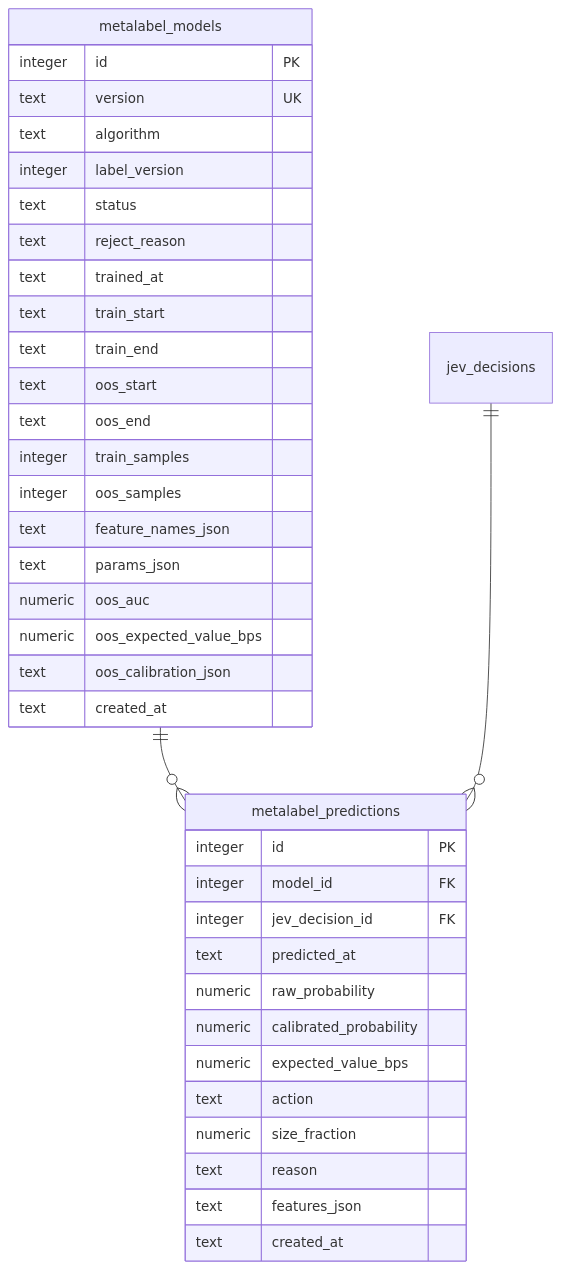
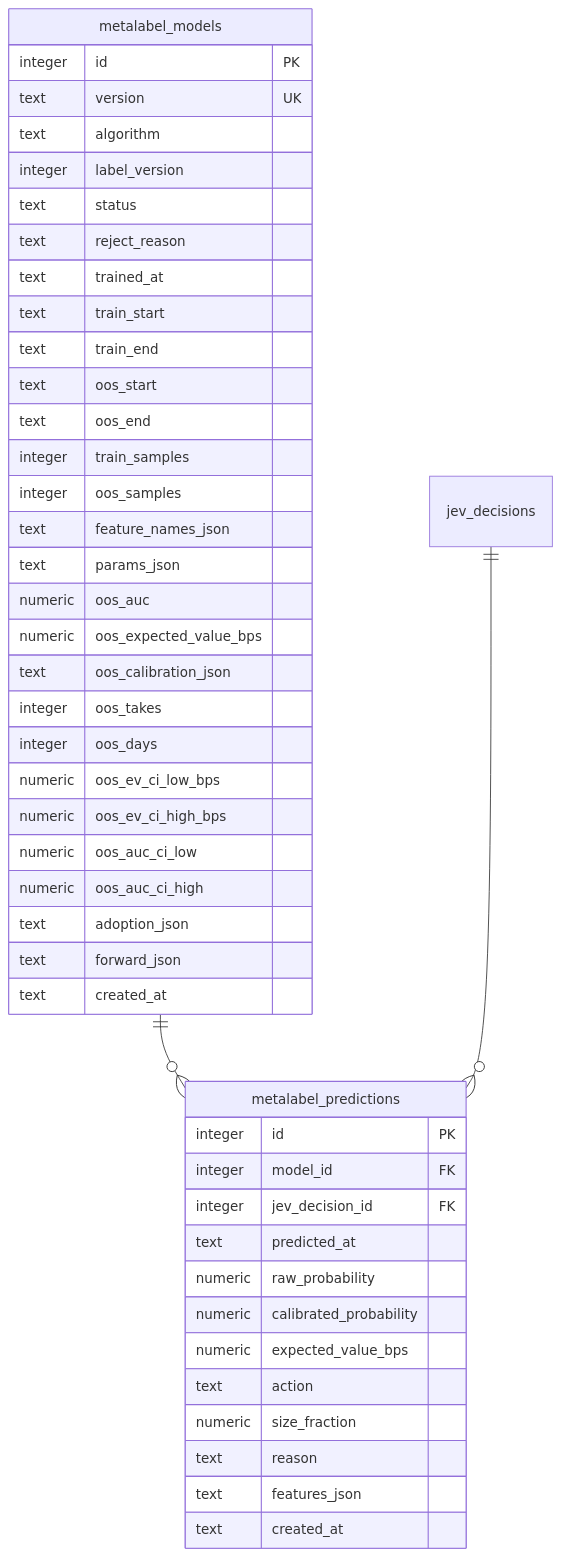
The diagram in docs/architecture/er/tables-metalabel.md (ousiassllc/pitha-trador), drawn with Mermaid before and after one commit. The commit also changed other lines of this file and 61 other files, not shown here.

````diff
--- a/docs/architecture/er/tables-metalabel.md
+++ b/docs/architecture/er/tables-metalabel.md
@@ -11,40 +11,48 @@
 ```mermaid
 erDiagram
     metalabel_models ||--o{ metalabel_predictions : ""
     jev_decisions ||--o{ metalabel_predictions : ""
     metalabel_models {
         integer id PK
         text version UK
         text algorithm
         integer label_version
         text status
         text reject_reason
         text trained_at
         text train_start
         text train_end
         text oos_start
         text oos_end
         integer train_samples
         integer oos_samples
         text feature_names_json
         text params_json
         numeric oos_auc
         numeric oos_expected_value_bps
         text oos_calibration_json
+        integer oos_takes
+        integer oos_days
+        numeric oos_ev_ci_low_bps
+        numeric oos_ev_ci_high_bps
+        numeric oos_auc_ci_low
+        numeric oos_auc_ci_high
+        text adoption_json
+        text forward_json
         text created_at
     }
     metalabel_predictions {
         integer id PK
         integer model_id FK
         integer jev_decision_id FK
         text predicted_at
         numeric raw_probability
         numeric calibrated_probability
         numeric expected_value_bps
         text action
         numeric size_fraction
         text reason
         text features_json
         text created_at
     }
 ```
````
